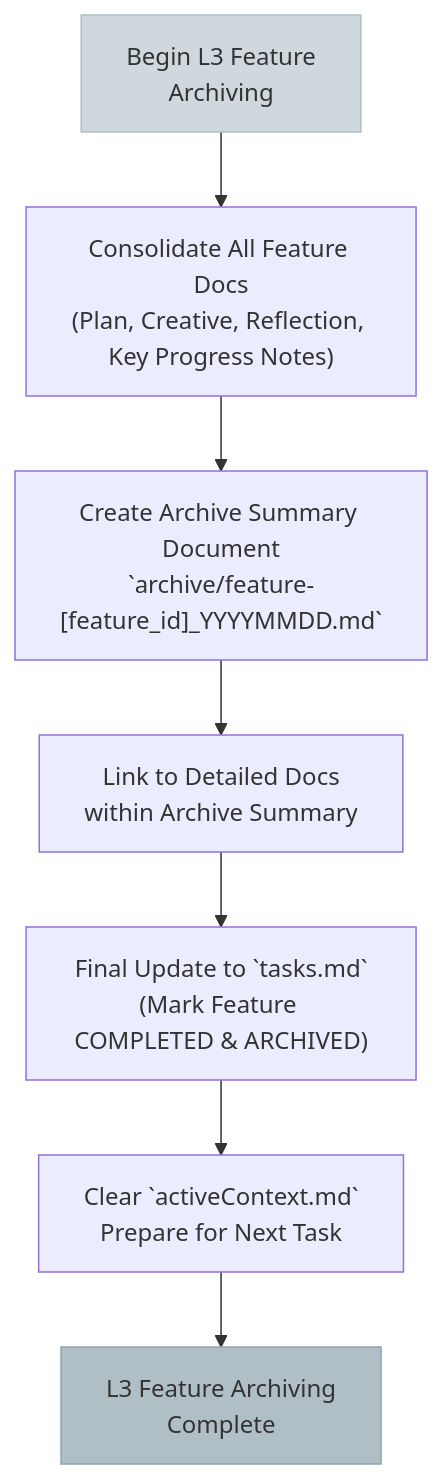
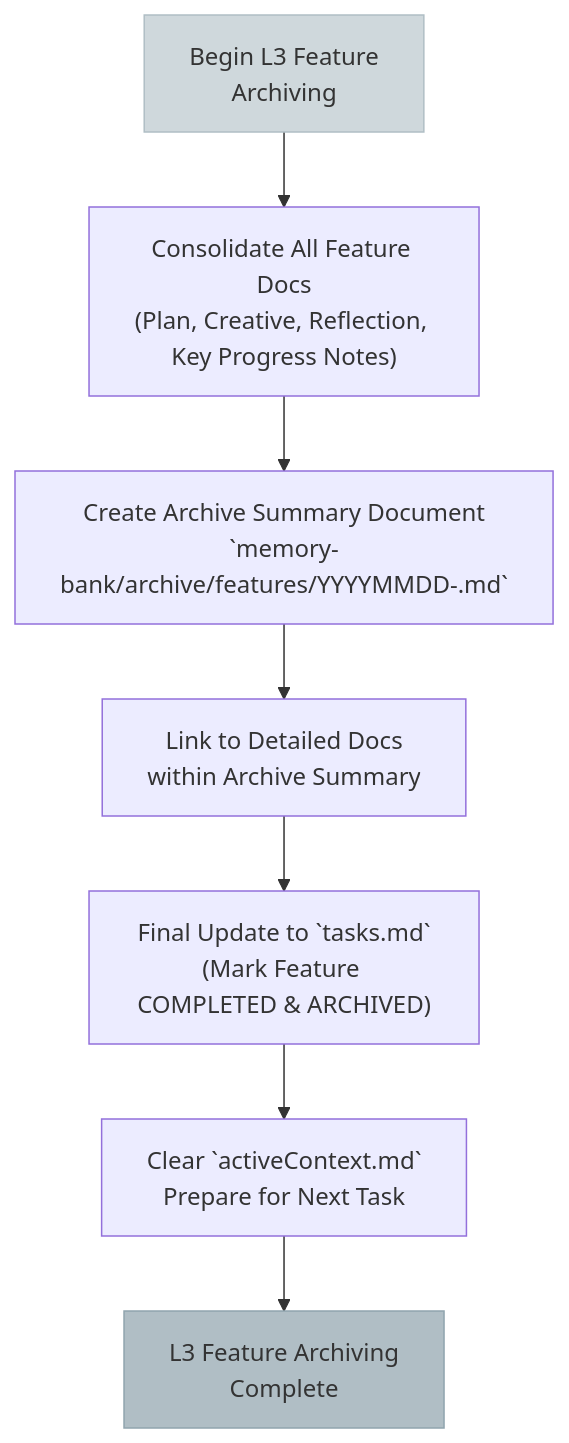
The eighth of 8 diagrams in .cursor/rules/isolation_rules/Level3/workflow-level3.mdc (Texarkanine/ai-rizz), drawn with Mermaid before and after one commit. The commit also changed other lines of this file and 12 other files, not shown here.

````diff
--- a/.cursor/rules/isolation_rules/Level3/workflow-level3.mdc
+++ b/.cursor/rules/isolation_rules/Level3/workflow-level3.mdc
@@ -280,12 +280,12 @@
 ```mermaid
 graph TD
     StartArchive["Begin L3 Feature<br>Archiving"] --> ConsolidateDocs["Consolidate All Feature Docs<br>(Plan, Creative, Reflection, Key Progress Notes)"]
-    ConsolidateDocs --> CreateArchiveSummary["Create Archive Summary Document<br>`archive/feature-[feature_id]_YYYYMMDD.md`"]
+    ConsolidateDocs --> CreateArchiveSummary["Create Archive Summary Document<br>`memory-bank/archive/features/YYYYMMDD-<feature-id>.md`"]
     CreateArchiveSummary --> LinkDocs["Link to Detailed Docs<br>within Archive Summary"]
     LinkDocs --> FinalUpdateTasks["Final Update to `tasks.md`<br>(Mark Feature COMPLETED & ARCHIVED)"]
     FinalUpdateTasks --> ResetActiveCtx["Clear `activeContext.md`<br>Prepare for Next Task"]
     ResetActiveCtx --> ArchiveComplete["L3 Feature Archiving<br>Complete"]
 
     style StartArchive fill:#cfd8dc,stroke:#b0bec5
     style ArchiveComplete fill:#b0bec5,stroke:#90a4ae
 ```
````
